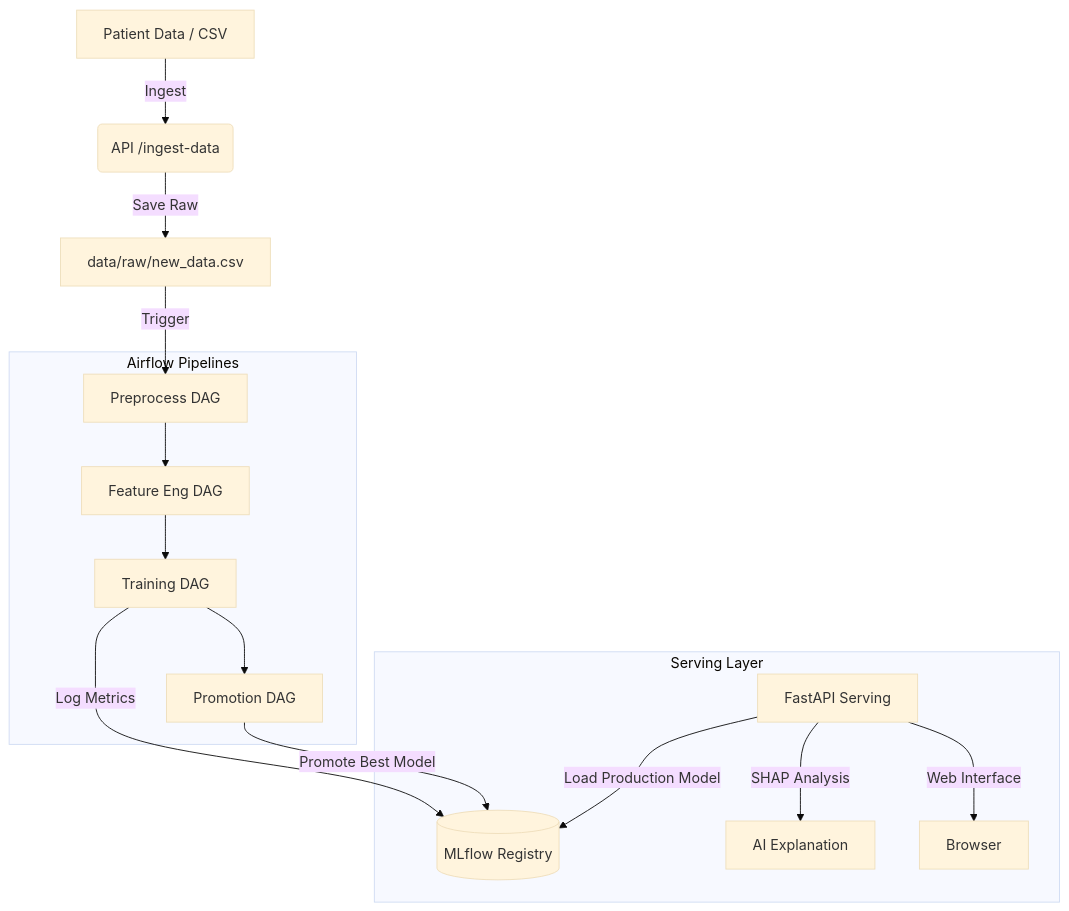
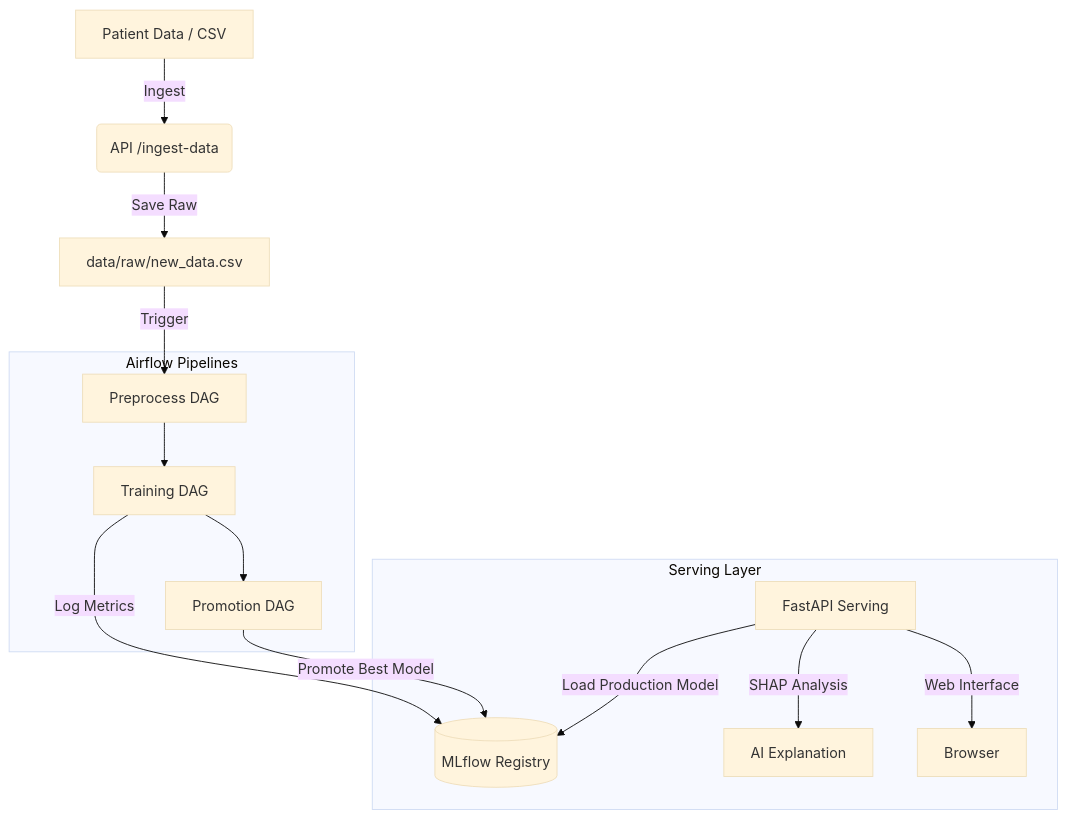
Before and after one commit to HoangLayor/Data_Mining-Lung_Cancer_Prediction: the diagram in README.md, drawn with Mermaid (base theme).

````diff
--- a/README.md
+++ b/README.md
@@ -37,21 +37,20 @@
 ```mermaid
 graph TD
     A[Patient Data / CSV] -->|Ingest| B(API /ingest-data)
     B -->|Save Raw| C[data/raw/new_data.csv]
     
     subgraph Airflow Pipelines
-        D[Preprocess DAG] --> E[Feature Eng DAG]
-        E --> F[Training DAG]
+        D[Preprocess DAG] -->  F[Training DAG]
         F --> G[Promotion DAG]
     end
     
     C -->|Trigger| D
     F -->|Log Metrics| H[(MLflow Registry)]
     G -->|Promote Best Model| H
     
     subgraph Serving Layer
         I[FastAPI Serving] -->|Load Production Model| H
         I -->|SHAP Analysis| J[AI Explanation]
         I -->|Web Interface| K[Browser]
     end
 ```
````
